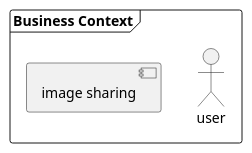
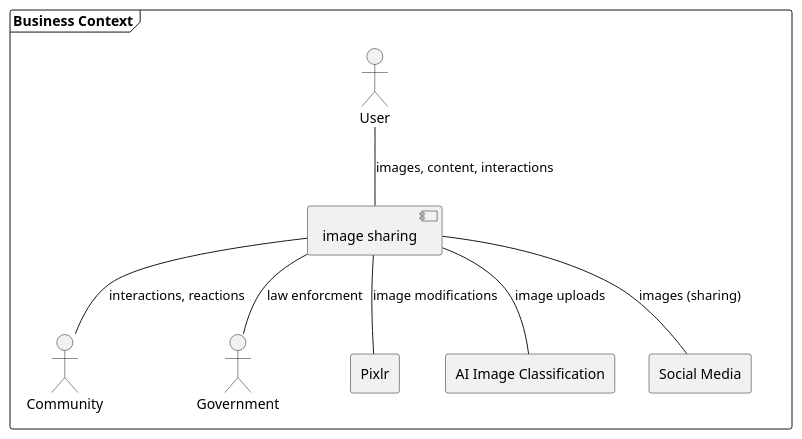
Before and after one commit to helloplayer1/swarc-material: the diagram in diagrams/business_context.plantuml, drawn with PlantUML. The commit also changed 1 other file, not shown here.

Commit message:
business context diagramm

```diff
--- a/diagrams/business_context.plantuml
+++ b/diagrams/business_context.plantuml
@@ -1,11 +1,33 @@
 @startuml
 
 frame "Business Context" {
 
-actor user
+actor User
 
-component "image sharing"
+actor Community
+
+actor Government
+
+component "image sharing" as app
+
+rectangle Pixlr
+
+rectangle "AI Image Classification" as AI
+
+rectangle "Social Media" as sm
+
+User -- app : images, content, interactions
+
+app -- Pixlr : image modifications
+
+app -- AI : image uploads
+
+app -- Government : law enforcment
+
+app -- sm : images (sharing) 
+
+app -- Community : interactions, reactions
 
 }
 
 @enduml
```
